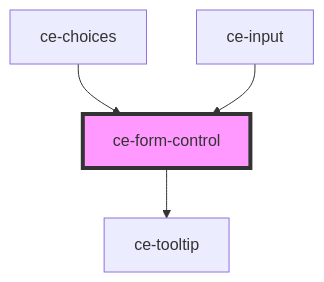
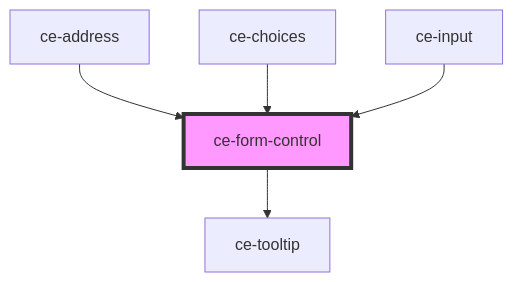
One commit to surecart/surecart-wp-plugin changed the diagram in packages/components/src/components/ui/form-control/readme.md. Above: the diagram before and after it, drawn with Mermaid. The commit also changed other lines of this file and 162 other files, not shown here.

````diff
--- a/packages/components/src/components/ui/form-control/readme.md
+++ b/packages/components/src/components/ui/form-control/readme.md
@@ -44,7 +45,8 @@
 ```mermaid
 graph TD;
   ce-form-control --> ce-tooltip
+  ce-address --> ce-form-control
   ce-choices --> ce-form-control
   ce-input --> ce-form-control
   style ce-form-control fill:#f9f,stroke:#333,stroke-width:4px
 ```
````
